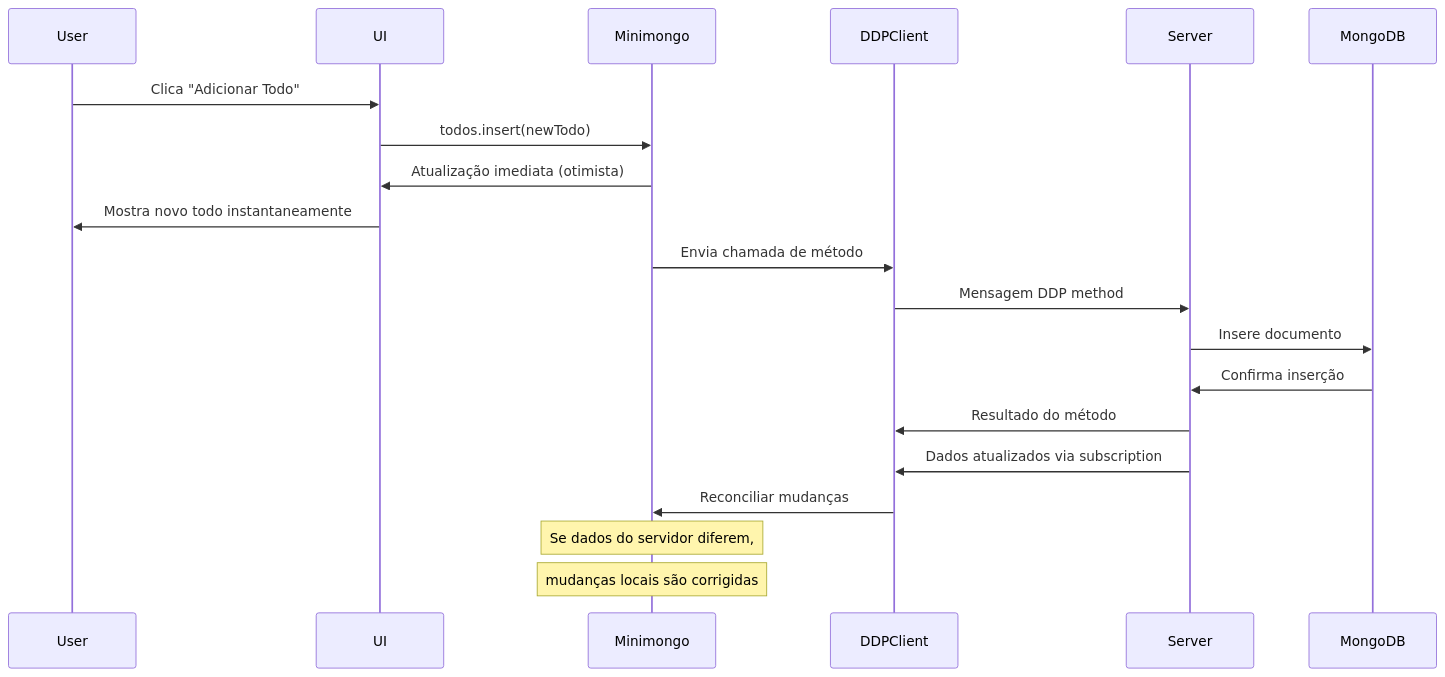
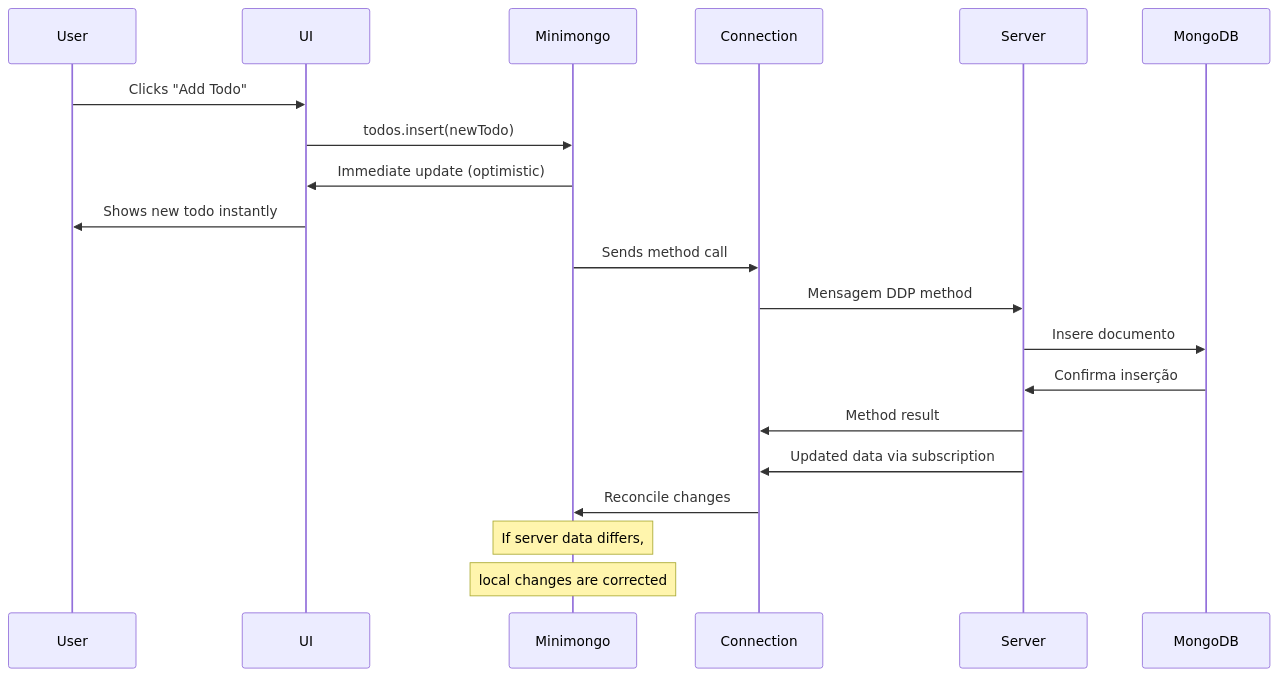
The fourth of 15 diagrams in readme.md (italojs/ddp-blog-post), drawn with Mermaid before and after one commit. The commit also changed other lines of this file, not shown here.

````diff
--- a/readme.md
+++ b/readme.md
@@ -291,25 +452,25 @@
 ```mermaid
 sequenceDiagram
     participant User
     participant UI
     participant Minimongo
-    participant DDPClient
+    participant Connection
     participant Server
     participant MongoDB
     
-    User->>UI: Clica "Adicionar Todo"
+    User->>UI: Clicks "Add Todo"
     UI->>Minimongo: todos.insert(newTodo)
-    Minimongo->>UI: Atualização imediata (otimista)
-    UI->>User: Mostra novo todo instantaneamente
+    Minimongo->>UI: Immediate update (optimistic)
+    UI->>User: Shows new todo instantly
     
-    Minimongo->>DDPClient: Envia chamada de método
-    DDPClient->>Server: Mensagem DDP method
+    Minimongo->>Connection: Sends method call
+    Connection->>Server: Mensagem DDP method
     Server->>MongoDB: Insere documento
     MongoDB->>Server: Confirma inserção
-    Server->>DDPClient: Resultado do método
-    Server->>DDPClient: Dados atualizados via subscription
-    DDPClient->>Minimongo: Reconciliar mudanças
+    Server->>Connection: Method result
+    Server->>Connection: Updated data via subscription
+    Connection->>Minimongo: Reconcile changes
     
-    Note over Minimongo: Se dados do servidor diferem,
-    Note over Minimongo: mudanças locais são corrigidas
+    Note over Minimongo: If server data differs,
+    Note over Minimongo: local changes are corrected
 ```
````
